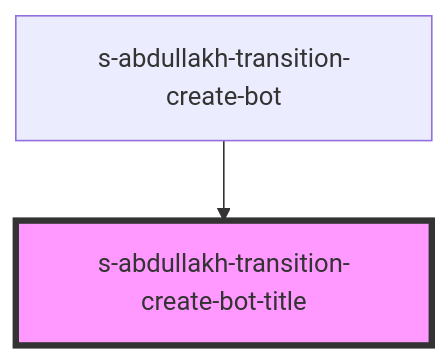
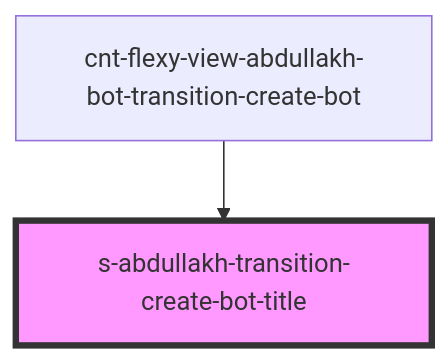
The diagram in src/components/cnt-flexy-view-abdullakh-bot-transition-create-bot-1_0_0/res/view/cnt-flexy-view-abdullakh-bot-transition-create-bot/res/view/s-abdullakh-transition-create-bot-title/readme.md (Wokh-Dada/botdevelopmentapp), drawn with Mermaid before and after one commit. The commit also changed other lines of this file and 138 other files, not shown here.

````diff
--- a/src/components/cnt-flexy-view-abdullakh-bot-transition-create-bot-1_0_0/res/view/cnt-flexy-view-abdullakh-bot-transition-create-bot/res/view/s-abdullakh-transition-create-bot-title/readme.md
+++ b/src/components/cnt-flexy-view-abdullakh-bot-transition-create-bot-1_0_0/res/view/cnt-flexy-view-abdullakh-bot-transition-create-bot/res/view/s-abdullakh-transition-create-bot-title/readme.md
@@ -29,5 +29,5 @@
 ```mermaid
 graph TD;
-  s-abdullakh-transition-create-bot --> s-abdullakh-transition-create-bot-title
+  cnt-flexy-view-abdullakh-bot-transition-create-bot --> s-abdullakh-transition-create-bot-title
   style s-abdullakh-transition-create-bot-title fill:#f9f,stroke:#333,stroke-width:4px
 ```
````
